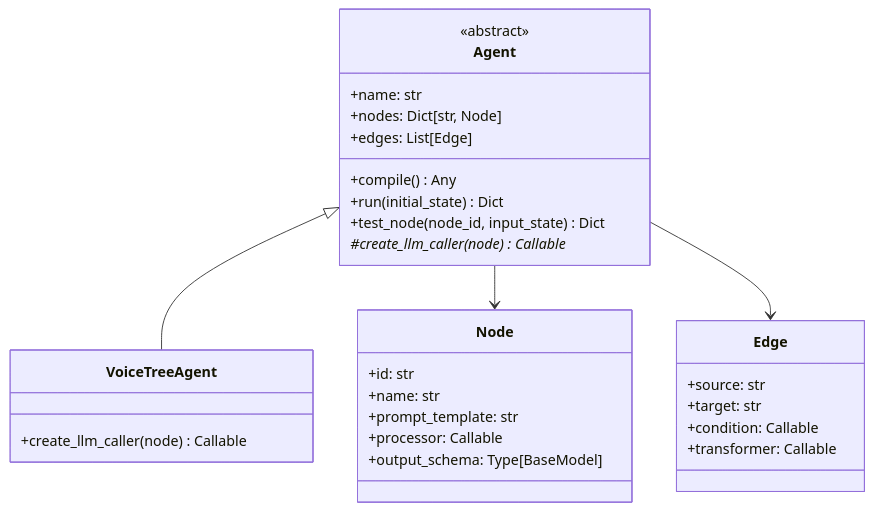
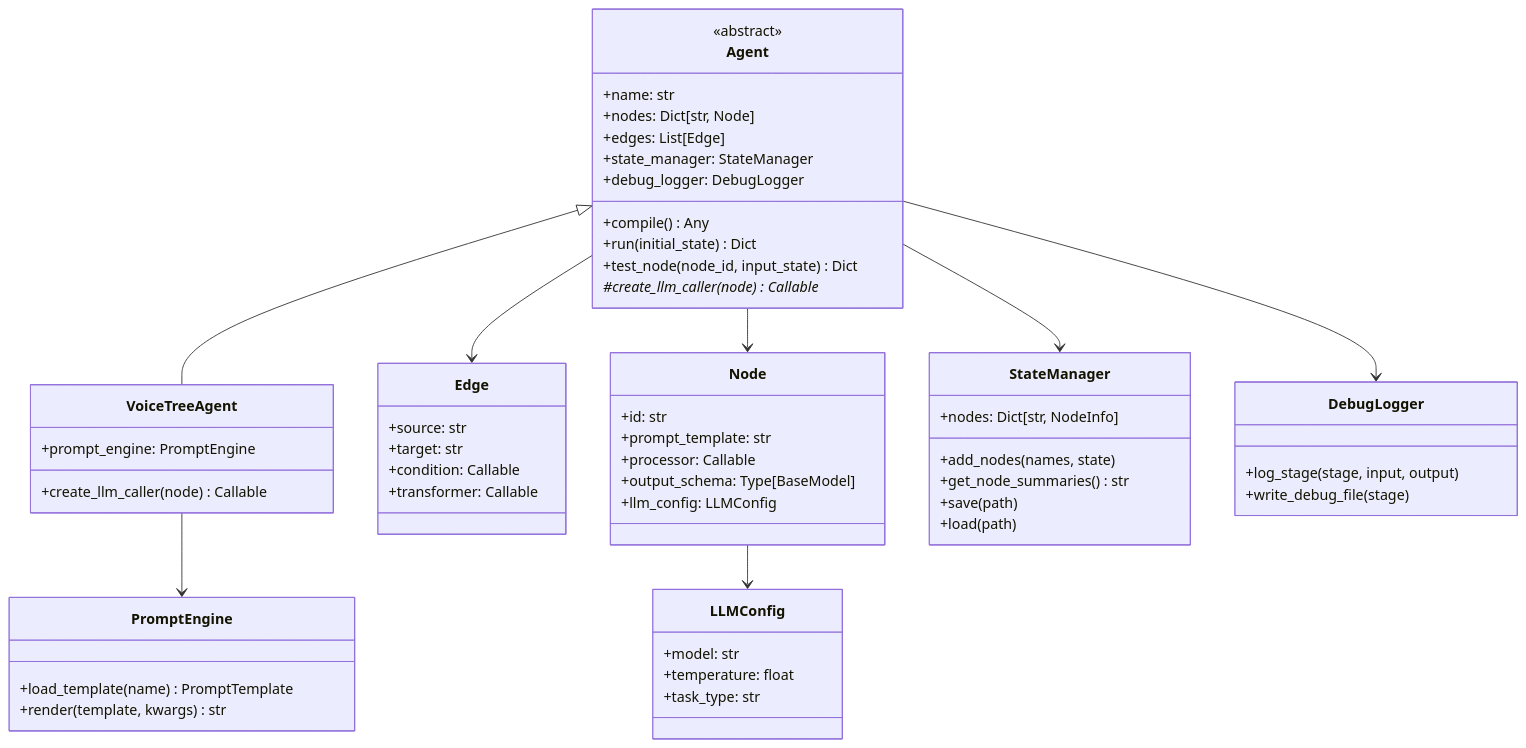
The second of 2 diagrams in backend/tests/unit_tests/agentic_workflows/ARCHITECTURE.md (voicetreelab/voicetree), drawn with Mermaid before and after one commit. The commit also changed other lines of this file and 2 other files, not shown here.

````diff
--- a/backend/tests/unit_tests/agentic_workflows/ARCHITECTURE.md
+++ b/backend/tests/unit_tests/agentic_workflows/ARCHITECTURE.md
@@ -50,36 +50,67 @@
 ```mermaid
 classDiagram
     class Agent {
         <<abstract>>
         +name: str
         +nodes: Dict[str, Node]
         +edges: List[Edge]
+        +state_manager: StateManager
+        +debug_logger: DebugLogger
         +compile() Any
         +run(initial_state) Dict
         +test_node(node_id, input_state) Dict
         #create_llm_caller(node)* Callable
     }
     
     class Node {
         +id: str
-        +name: str
         +prompt_template: str
         +processor: Callable
         +output_schema: Type[BaseModel]
+        +llm_config: LLMConfig
     }
     
     class Edge {
         +source: str
         +target: str
         +condition: Callable
         +transformer: Callable
     }
     
     class VoiceTreeAgent {
+        +prompt_engine: PromptEngine
         +create_llm_caller(node) Callable
+    }
+    
+    class PromptEngine {
+        +load_template(name) PromptTemplate
+        +render(template, kwargs) str
+    }
+    
+    class StateManager {
+        +nodes: Dict[str, NodeInfo]
+        +add_nodes(names, state)
+        +get_node_summaries() str
+        +save(path)
+        +load(path)
+    }
+    
+    class DebugLogger {
+        +log_stage(stage, input, output)
+        +write_debug_file(stage)
+    }
+    
+    class LLMConfig {
+        +model: str
+        +temperature: float
+        +task_type: str
     }
     
     Agent <|-- VoiceTreeAgent
     Agent --> Node
     Agent --> Edge
+    Agent --> StateManager
+    Agent --> DebugLogger
+    VoiceTreeAgent --> PromptEngine
+    Node --> LLMConfig
 ```
````
